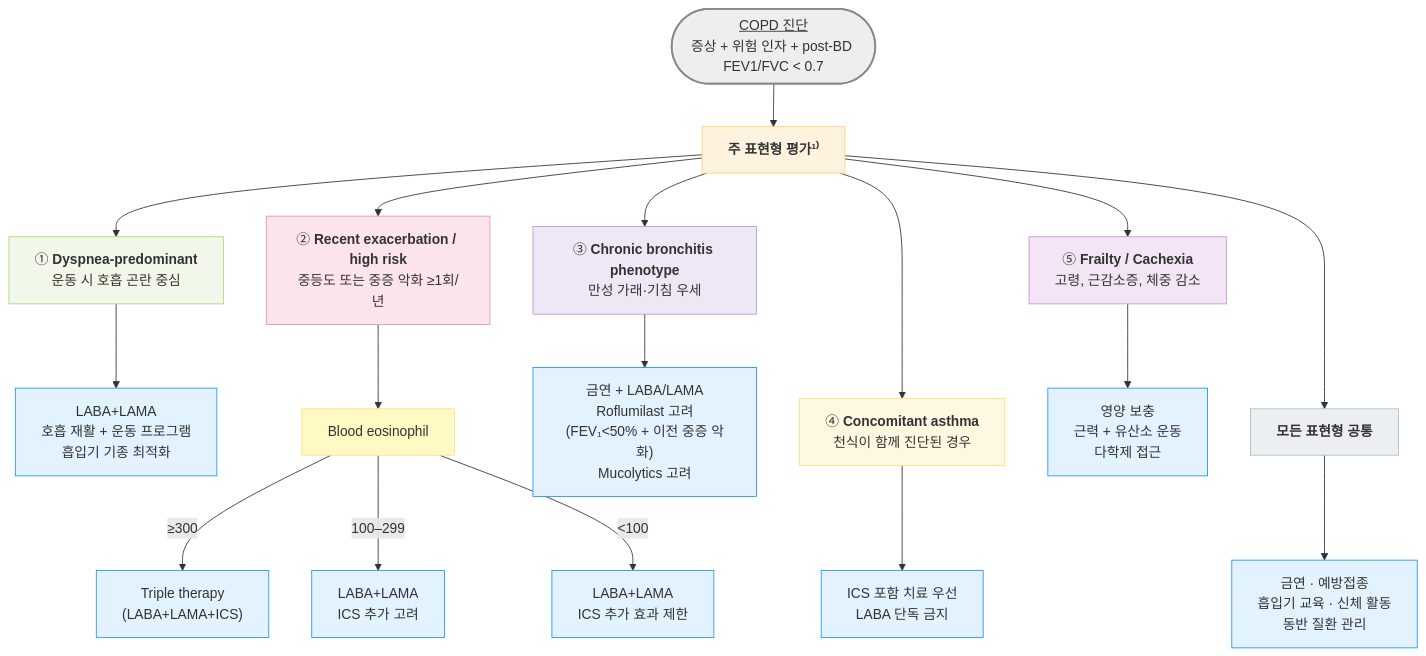
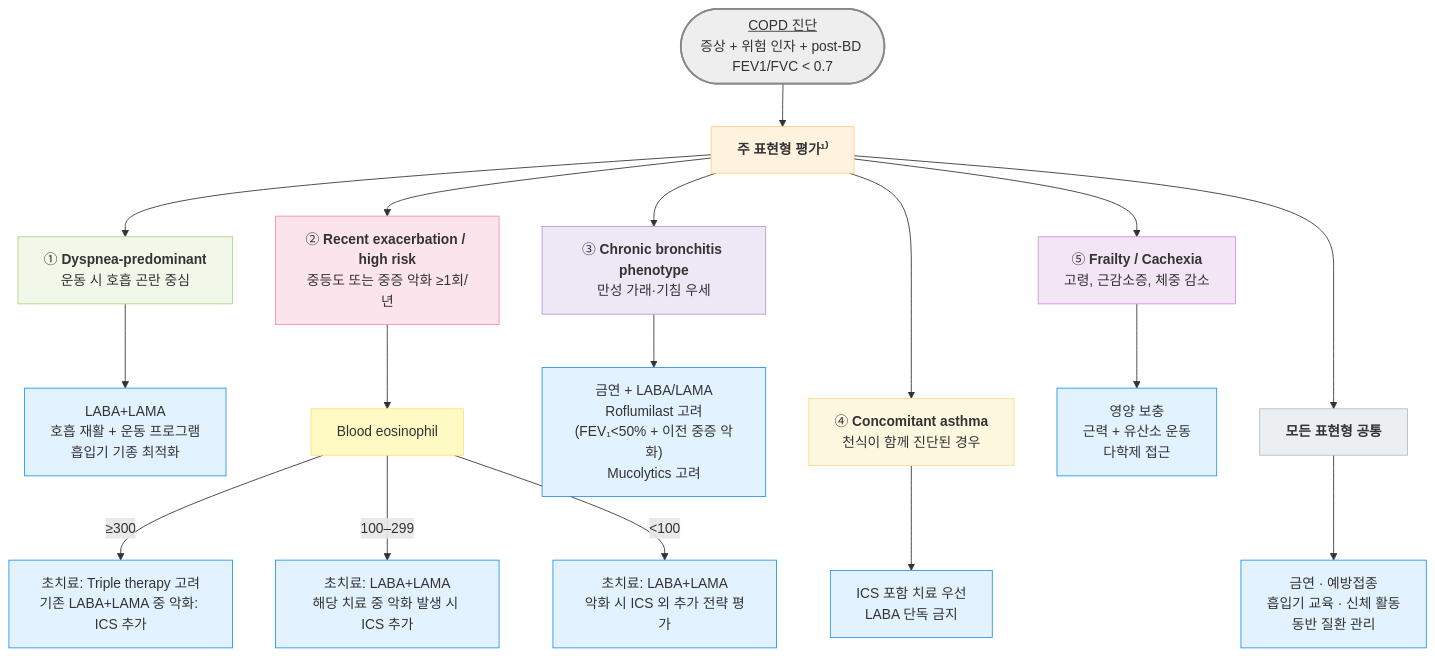
The second of 3 diagrams in 223_/072_-copd.md (familyoh77/familyoh77), drawn with Mermaid before and after one commit. The commit also changed other lines of this file and 4 other files, not shown here.

````diff
--- a/223_/072_-copd.md
+++ b/223_/072_-copd.md
@@ -445,39 +449,39 @@
 ```mermaid
 flowchart TD
     A(["<u>COPD 진단</u><br/>증상 + 위험 인자 + post-BD FEV1/FVC &lt; 0.7"])
 
     A --> B["<b>주 표현형 평가¹⁾</b>"]
 
     B --> C1["① <b>Dyspnea-predominant</b><br/>운동 시 호흡 곤란 중심"]
     C1 --> D1["LABA+LAMA<br/>호흡 재활 + 운동 프로그램<br/>흡입기 기종 최적화"]
 
     B --> C2["② <b>Recent exacerbation / high risk</b><br/>중등도 또는 중증 악화 ≥1회/년"]
     C2 --> E2["Blood eosinophil"]
-    E2 -->|"≥300"| F2["Triple therapy<br/>(LABA+LAMA+ICS)"]
-    E2 -->|"100–299"| G2["LABA+LAMA<br/>ICS 추가 고려"]
-    E2 -->|"&lt;100"| H2["LABA+LAMA<br/>ICS 추가 효과 제한"]
+    E2 -->|"≥300"| F2["초치료: Triple therapy 고려<br/>기존 LABA+LAMA 중 악화: ICS 추가"]
+    E2 -->|"100–299"| G2["초치료: LABA+LAMA<br/>해당 치료 중 악화 발생 시 ICS 추가"]
+    E2 -->|"&lt;100"| H2["초치료: LABA+LAMA<br/>악화 시 ICS 외 추가 전략 평가"]
 
     B --> C3["③ <b>Chronic bronchitis phenotype</b><br/>만성 가래·기침 우세"]
     C3 --> D3["금연 + LABA/LAMA<br/>Roflumilast 고려<br/>(FEV₁&lt;50% + 이전 중증 악화)<br/>Mucolytics 고려"]
 
     B ---> C4["④ <b>Concomitant asthma</b><br/>천식이 함께 진단된 경우"]
     C4 --> D4["ICS 포함 치료 우선<br/>LABA 단독 금지"]
 
     B --> C5["⑤ <b>Frailty / Cachexia</b><br/>고령, 근감소증, 체중 감소"]
     C5 --> D5["영양 보충<br/>근력 + 유산소 운동<br/>다학제 접근"]
 
     B ---> Z["<b>모든 표현형 공통</b>"]
     Z --> Z1["금연 · 예방접종<br/>흡입기 교육 · 신체 활동<br/>동반 질환 관리"]
 
    classDef sky fill:#e3f2ff,stroke:#2196f3
    class D1,F2,D3,D4,D5,G2,H2,Z1 sky
 style A fill:#eeeeee,stroke:#888888,stroke-width:2px
     style B fill:#fff3e0,stroke:#ffcc80
     style C1 fill:#f1f8e9,stroke:#aed581
     style C2 fill:#fce4ec,stroke:#f48fb1
     style C3 fill:#ede7f6,stroke:#b39ddb
     style C4 fill:#fff8e1,stroke:#ffe082
     style C5 fill:#f3e5f5,stroke:#ce93d8
     style E2 fill:#fff9c4,stroke:#ffe082
     style Z fill:#eceff1,stroke:#b0bec5
 ```
````
